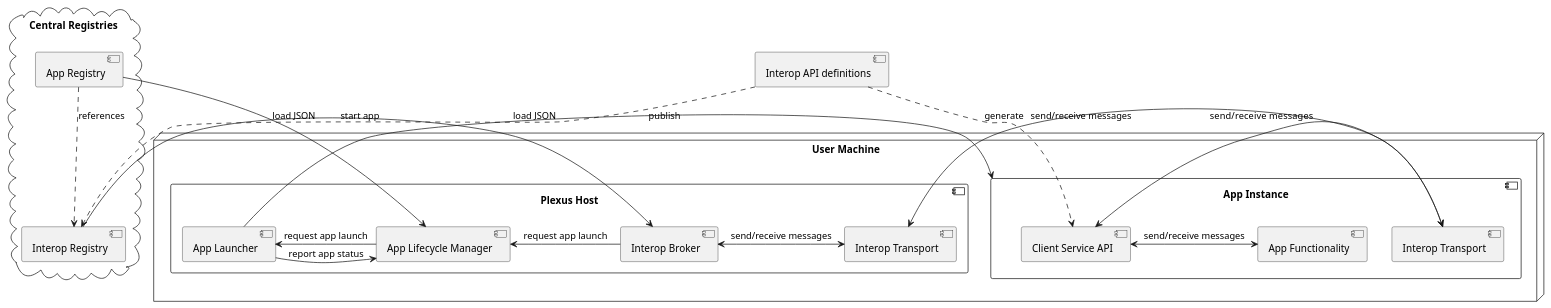
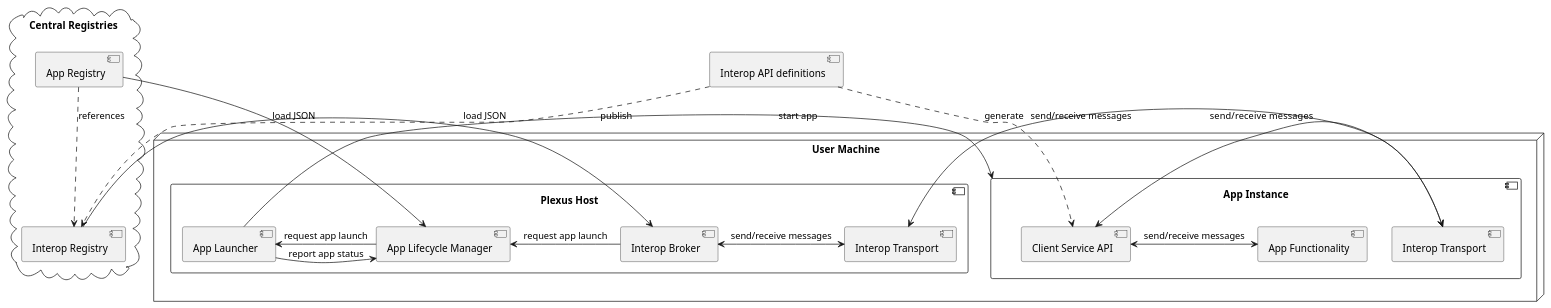
One commit to finos/plexus-interop changed the third of 4 diagrams in docs/src/main/asciidoc/guides-interop-concepts.adoc. Above: the diagram before and after it, drawn with PlantUML. The commit also changed other lines of this file and 159 other files, not shown here.

```diff
--- a/docs/src/main/asciidoc/guides-interop-concepts.adoc
+++ b/docs/src/main/asciidoc/guides-interop-concepts.adoc
@@ -19,36 +43,37 @@
 [plantuml]
 ....
 @startuml
 skinparam monochrome true
 node "User Machine" {
     component "App Instance" as appInstance {
         [App Functionality]
         [Interop Transport] as transportApp
         [Client Service API]
     }
     component "Plexus Host" {
-        [App Lifecycle Manager]
         [Interop Broker]
         [Interop Transport]
         [App Launcher]
+        [App Lifecycle Manager]
     }
 }
 cloud "Central Registries" {
     [App Registry]
     [Interop Registry]
 }
 [Interop API definitions] ..> [Client Service API] : generate
 [Interop API definitions] ..> [Interop Registry] : publish
 [App Registry] ..> [Interop Registry] : references
 [Interop Registry] -> [Interop Broker] : load JSON
 [App Registry] -> [App Lifecycle Manager] : load JSON
 [Interop Broker] -> [App Lifecycle Manager] : request app launch
-[App Lifecycle Manager] -> [App Launcher] : request app launch
-[App Launcher] -> appInstance : start app
-[App Launcher] -> [App Lifecycle Manager] : report app status
 [Interop Broker] <-> [Interop Transport] : send/receive messages
 [Interop Transport] <-> transportApp : send/receive messages
 [Client Service API] <-> transportApp : send/receive  messages
 [Client Service API] <-> [App Functionality] : send/receive messages
+[App Lifecycle Manager] -> [App Launcher] : request app launch
+[App Launcher] -> appInstance : start app
+[App Launcher] -> [App Lifecycle Manager] : report app status
+
 @enduml
 ....
```
